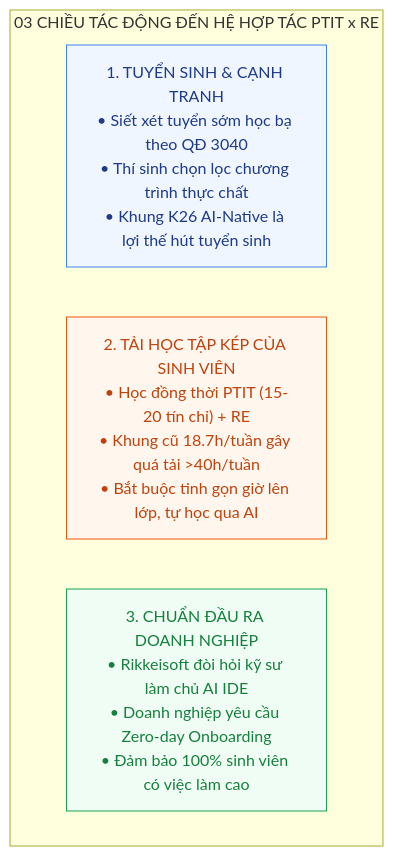
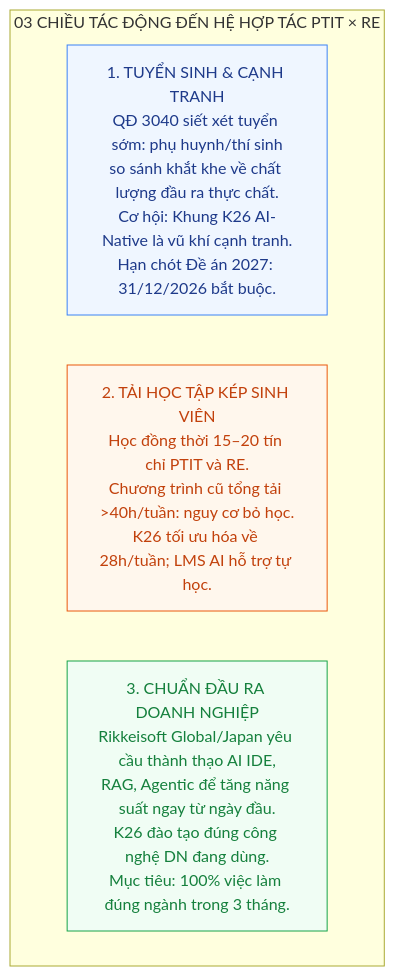
The first of 3 diagrams in ke_hoach_cai_tien_cntt_re_ptit_chuan_2027.md (hunghx/B-o-c-o-k-ho-ch-tri-n-khai-o-t-o-PTIT-2026-2027), drawn with Mermaid before and after one commit. The commit also changed other lines of this file, not shown here.

````diff
--- a/ke_hoach_cai_tien_cntt_re_ptit_chuan_2027.md
+++ b/ke_hoach_cai_tien_cntt_re_ptit_chuan_2027.md
@@ -91,12 +64,23 @@
 ```mermaid
 flowchart TD
-    subgraph Impact["03 CHIỀU TÁC ĐỘNG ĐẾN HỆ HỢP TÁC PTIT x RE"]
-        I1["1. TUYỂN SINH & CẠNH TRANH\n• Siết xét tuyển sớm học bạ theo QĐ 3040\n• Thí sinh chọn lọc chương trình thực chất\n• Khung K26 AI-Native là lợi thế hút tuyển sinh"]
-        I2["2. TẢI HỌC TẬP KÉP CỦA SINH VIÊN\n• Học đồng thời PTIT (15-20 tín chỉ) + RE\n• Khung cũ 18.7h/tuần gây quá tải >40h/tuần\n• Bắt buộc tinh gọn giờ lên lớp, tự học qua AI"]
-        I3["3. CHUẨN ĐẦU RA DOANH NGHIỆP\n• Rikkeisoft đòi hỏi kỹ sư làm chủ AI IDE\n• Doanh nghiệp yêu cầu Zero-day Onboarding\n• Đảm bảo 100% sinh viên có việc làm cao"]
+    subgraph Impact["03 CHIỀU TÁC ĐỘNG ĐẾN HỆ HỢP TÁC PTIT × RE"]
+        I1["1. TUYỂN SINH & CẠNH TRANH
+QĐ 3040 siết xét tuyển sớm: phụ huynh/thí sinh
+so sánh khắt khe về chất lượng đầu ra thực chất.
+Cơ hội: Khung K26 AI-Native là vũ khí cạnh tranh.
+Hạn chót Đề án 2027: 31/12/2026 bắt buộc."]
+        I2["2. TẢI HỌC TẬP KÉP SINH VIÊN
+Học đồng thời 15–20 tín chỉ PTIT và RE.
+Chương trình cũ tổng tải >40h/tuần: nguy cơ bỏ học.
+K26 tối ưu hóa về 28h/tuần; LMS AI hỗ trợ tự học."]
+        I3["3. CHUẨN ĐẦU RA DOANH NGHIỆP
+Rikkeisoft Global/Japan yêu cầu thành thạo AI IDE,
+RAG, Agentic để tăng năng suất ngay từ ngày đầu.
+K26 đào tạo đúng công nghệ DN đang dùng.
+Mục tiêu: 100% việc làm đúng ngành trong 3 tháng."]
     end
 
     style I1 fill:#eff6ff,stroke:#3b82f6,color:#1e3a8a
     style I2 fill:#fff7ed,stroke:#ea580c,color:#c2410c
     style I3 fill:#f0fdf4,stroke:#16a34a,color:#15803d
 ```
````
